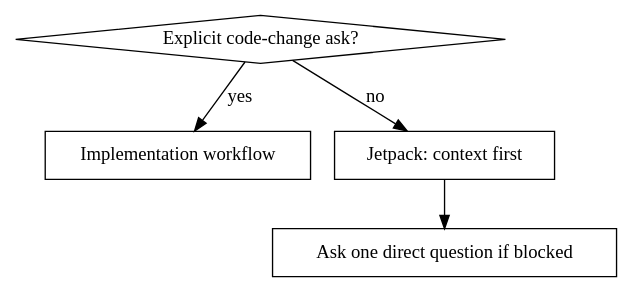
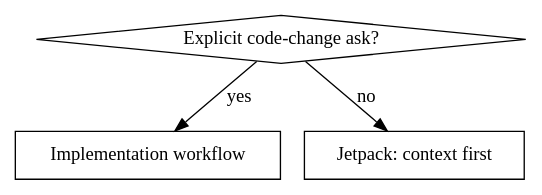
One commit to elbunuelo/chamoy changed the diagram in dot_config/opencode/skills/jetpack/SKILL.md. Above: the diagram before and after it, drawn with Graphviz. The commit also changed other lines of this file and 6 other files, not shown here.

````diff
--- a/dot_config/opencode/skills/jetpack/SKILL.md
+++ b/dot_config/opencode/skills/jetpack/SKILL.md
@@ -28,12 +28,10 @@
 ```dot
 digraph jetpack_boundary {
   "Explicit code-change ask?" [shape=diamond];
   "Implementation workflow" [shape=box];
   "Jetpack: context first" [shape=box];
-  "Ask one direct question if blocked" [shape=box];
 
   "Explicit code-change ask?" -> "Implementation workflow" [label="yes"];
   "Explicit code-change ask?" -> "Jetpack: context first" [label="no"];
-  "Jetpack: context first" -> "Ask one direct question if blocked";
 }
 ```
````
